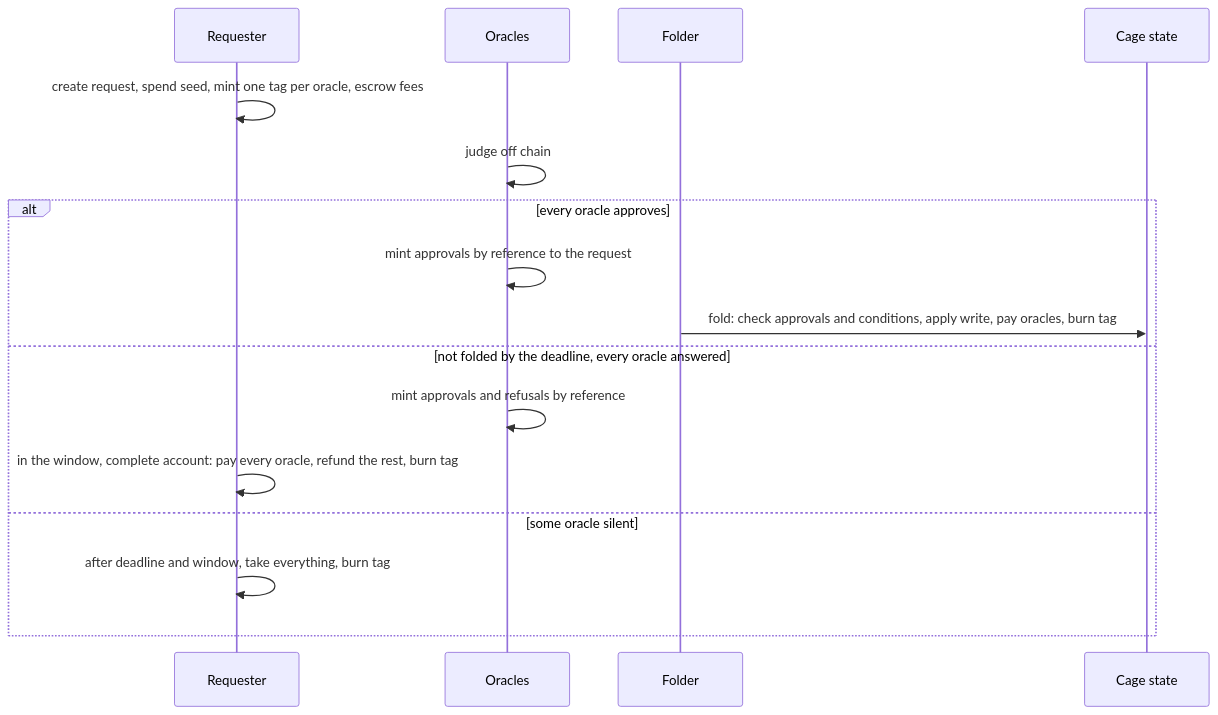
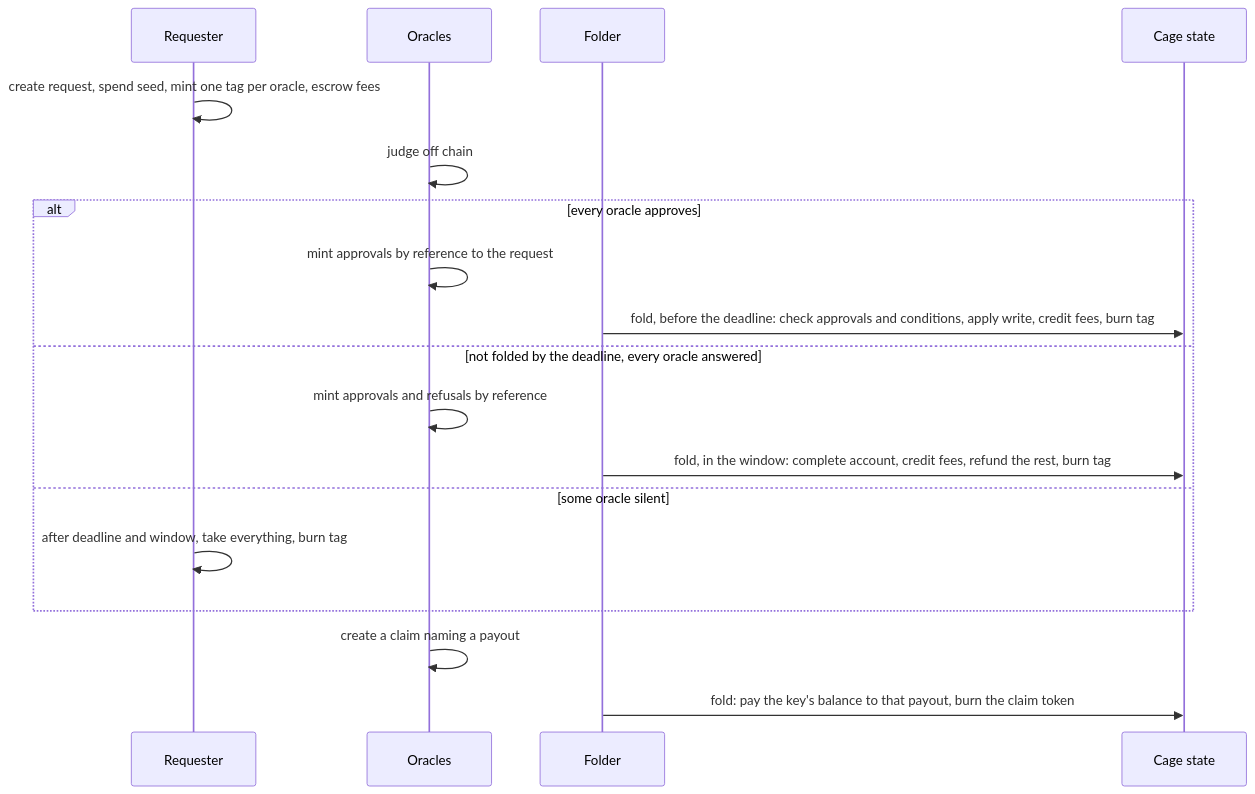
One commit to cardano-foundation/cardano-mpfs-onchain changed the diagram in specs/request-approval-fold/decisions.md. Above: the diagram before and after it, drawn with Mermaid. The commit also changed other lines of this file and 8 other files, not shown here.

Commit message:
docs(specs): oracle identities, fees in the cage, claims and complete accounts as fold items

````diff
--- a/specs/request-approval-fold/decisions.md
+++ b/specs/request-approval-fold/decisions.md
@@ -297,18 +346,20 @@
 ```mermaid
 sequenceDiagram
   participant R as Requester
   participant O as Oracles
   participant F as Folder
   participant C as Cage state
   R->>R: create request, spend seed, mint one tag per oracle, escrow fees
   O->>O: judge off chain
   alt every oracle approves
     O->>O: mint approvals by reference to the request
-    F->>C: fold: check approvals and conditions, apply write, pay oracles, burn tag
+    F->>C: fold, before the deadline: check approvals and conditions, apply write, credit fees, burn tag
   else not folded by the deadline, every oracle answered
     O->>O: mint approvals and refusals by reference
-    R->>R: in the window, complete account: pay every oracle, refund the rest, burn tag
+    F->>C: fold, in the window: complete account, credit fees, refund the rest, burn tag
   else some oracle silent
     R->>R: after deadline and window, take everything, burn tag
   end
+  O->>O: create a claim naming a payout
+  F->>C: fold: pay the key's balance to that payout, burn the claim token
 ```
````
